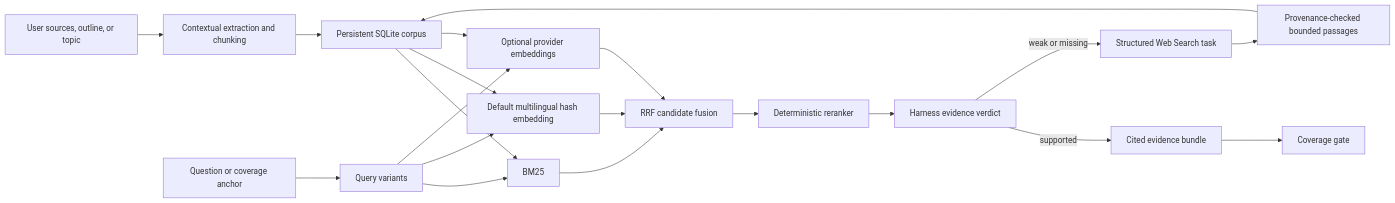
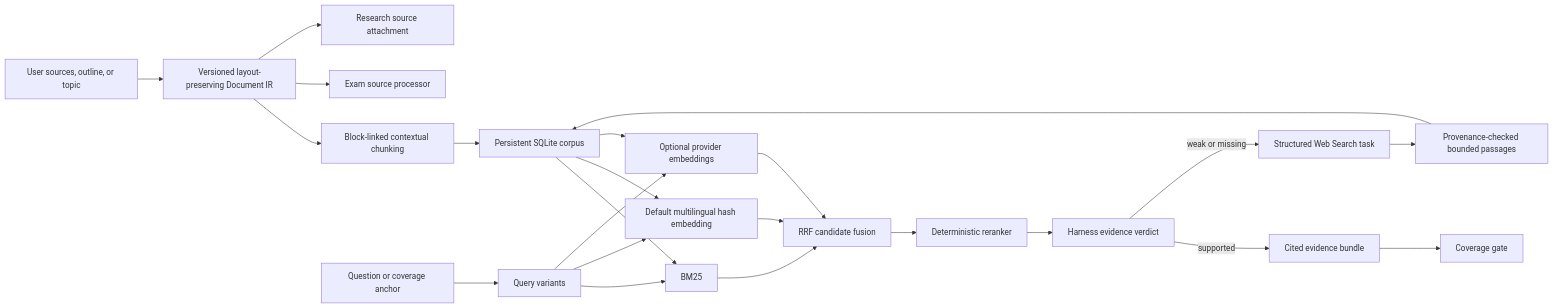
Before and after one commit to panjose/Atom-Learn: the diagram in docs/RAG_DESIGN.md, drawn with Mermaid. The commit also changed other lines of this file and 32 other files, not shown here.

````diff
--- a/docs/RAG_DESIGN.md
+++ b/docs/RAG_DESIGN.md
@@ -25,22 +25,25 @@
 ```mermaid
 flowchart LR
-    A["User sources, outline, or topic"] --> B["Contextual extraction and chunking"]
-    B --> C["Persistent SQLite corpus"]
+    A["User sources, outline, or topic"] --> B["Versioned layout-preserving Document IR"]
+    B --> N["Block-linked contextual chunking"]
+    N --> C["Persistent SQLite corpus"]
+    B --> X["Exam source processor"]
+    B --> P["Research source attachment"]
     Q["Question or coverage anchor"] --> D["Query variants"]
     C --> E["BM25"]
     C --> F["Default multilingual hash embedding"]
     C --> G["Optional provider embeddings"]
     D --> E
     D --> F
     D --> G
     E --> H["RRF candidate fusion"]
     F --> H
     G --> H
     H --> I["Deterministic reranker"]
     I --> V["Harness evidence verdict"]
     V -->|"supported"| J["Cited evidence bundle"]
     V -->|"weak or missing"| K["Structured Web Search task"]
     K --> L["Provenance-checked bounded passages"]
     L --> C
     J --> M["Coverage gate"]
 ```
````
